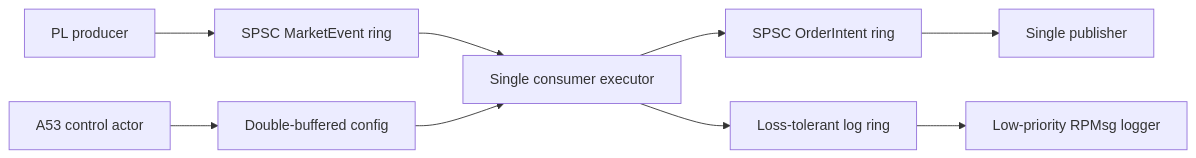
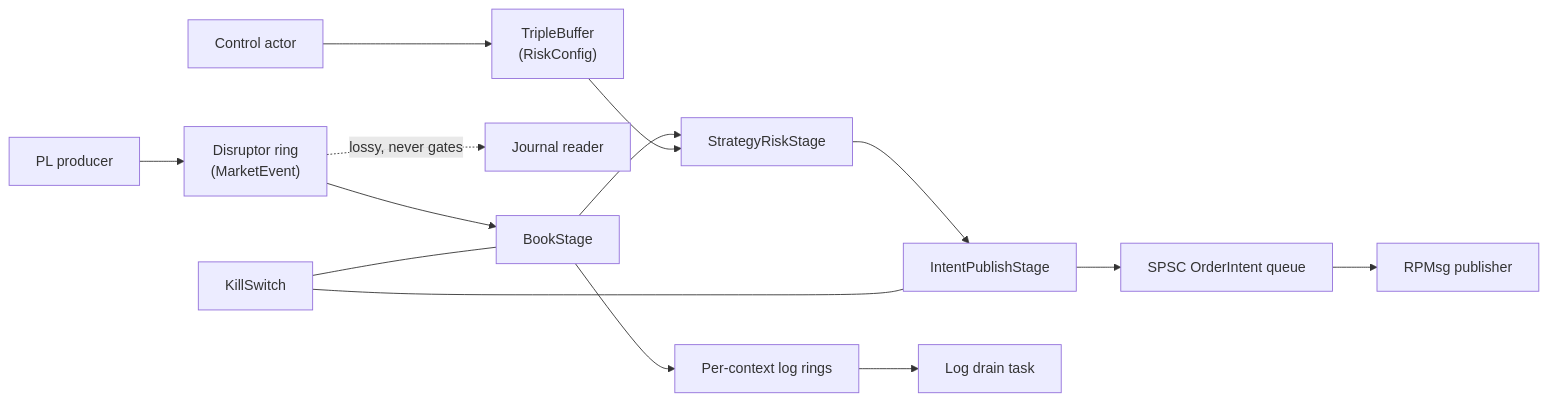
The second of 2 diagrams in docs/architecture/r5.md (ps-chong/hft-toy-project), drawn with Mermaid before and after one commit. The commit also changed other lines of this file and 74 other files, not shown here.

First line of the commit message:
docs: README with figures, workflow guides and refreshed architecture

````diff
--- a/docs/architecture/r5.md
+++ b/docs/architecture/r5.md
@@ -35,11 +56,14 @@
 ```mermaid
 flowchart LR
-    PL["PL producer"] --> Events["SPSC MarketEvent ring"]
-    Events --> Executor["Single consumer executor"]
-    Executor --> Intents["SPSC OrderIntent ring"]
-    Intents --> RPMsg["Single publisher"]
-    Control["A53 control actor"] --> Snapshot["Double-buffered config"]
-    Snapshot --> Executor
-    Executor --> Logs["Loss-tolerant log ring"]
-    Logs --> Logger["Low-priority RPMsg logger"]
+    PL["PL producer"] --> Ring["Disruptor ring<br/>(MarketEvent)"]
+    Ring --> Book["BookStage"] --> Strat["StrategyRiskStage"] --> Pub["IntentPublishStage"]
+    Pub --> Intents["SPSC OrderIntent queue"]
+    Intents --> RPMsg["RPMsg publisher"]
+    Ring -.->|lossy, never gates| Journal["Journal reader"]
+    Control["Control actor"] --> Configs["TripleBuffer<br/>(RiskConfig)"]
+    Configs --> Strat
+    Kill["KillSwitch"] --- Book
+    Kill --- Pub
+    Book --> Logs["Per-context log rings"]
+    Logs --> Drain["Log drain task"]
 ```
````
